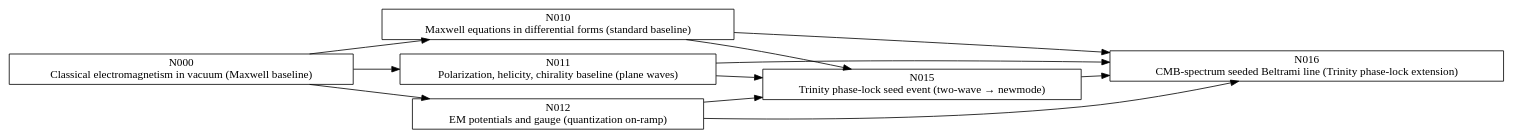
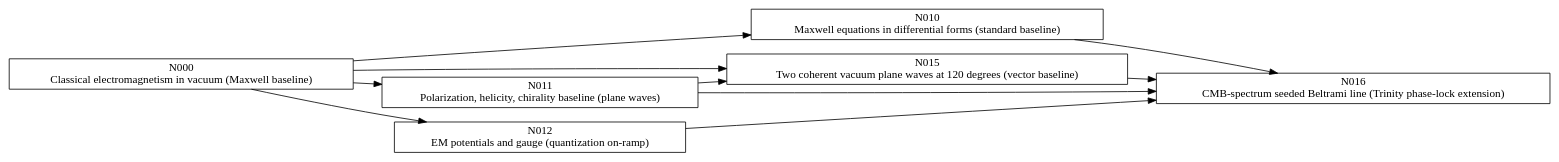
The diagram in TREE.dot (WeBeGood/Atom2.1-ToE), drawn with Graphviz before and after one commit. The commit also changed 34 other files, not shown here.

Commit message:
Add 120-degree two-wave vector paper

```diff
--- a/TREE.dot
+++ b/TREE.dot
@@ -1,20 +1,19 @@
 digraph Atom21Nodes {
   rankdir=LR;
   node [shape=box];
   "N000" [label="N000\nClassical electromagnetism in vacuum (Maxwell baseline)"];
   "N010" [label="N010\nMaxwell equations in differential forms (standard baseline)"];
   "N011" [label="N011\nPolarization, helicity, chirality baseline (plane waves)"];
   "N012" [label="N012\nEM potentials and gauge (quantization on-ramp)"];
-  "N015" [label="N015\nTrinity phase-lock seed event (two-wave → newmode)"];
+  "N015" [label="N015\nTwo coherent vacuum plane waves at 120 degrees (vector baseline)"];
   "N016" [label="N016\nCMB-spectrum seeded Beltrami line (Trinity phase-lock extension)"];
   "N000" -> "N010";
   "N000" -> "N011";
   "N000" -> "N012";
-  "N010" -> "N015";
+  "N000" -> "N015";
   "N011" -> "N015";
-  "N012" -> "N015";
   "N015" -> "N016";
   "N010" -> "N016";
   "N011" -> "N016";
   "N012" -> "N016";
 }
```
